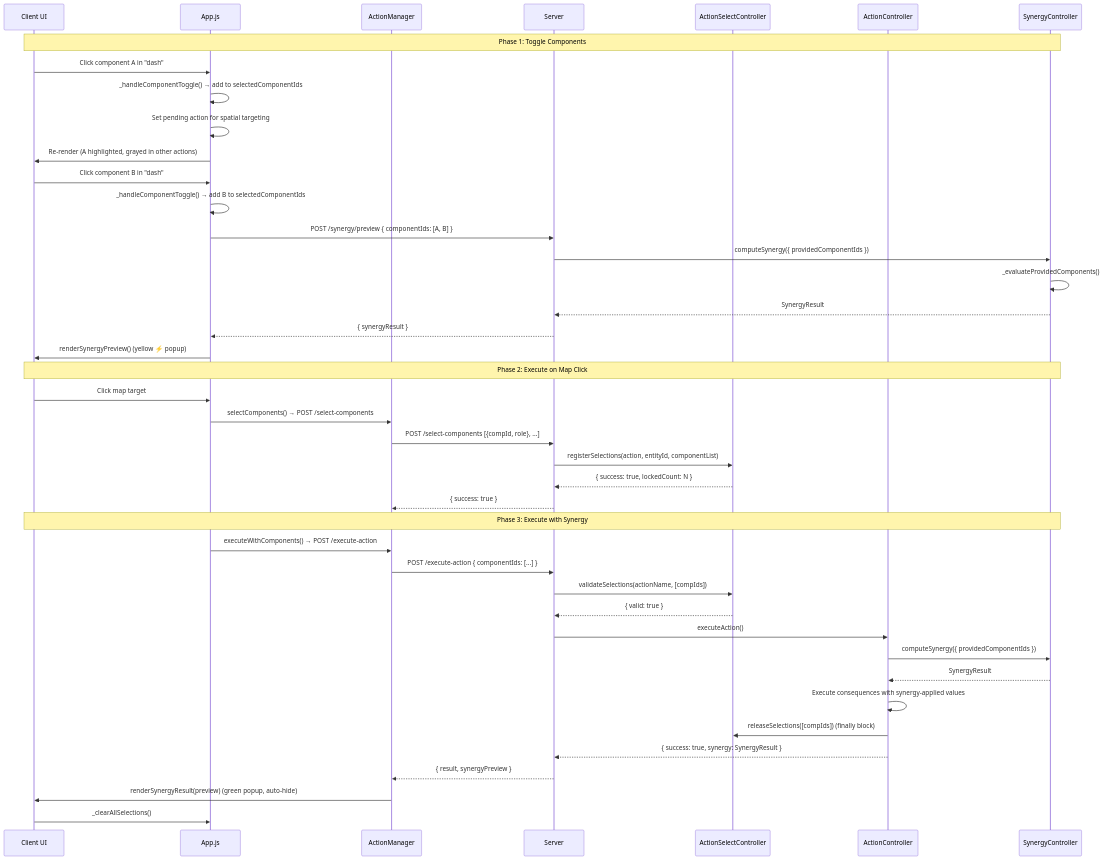
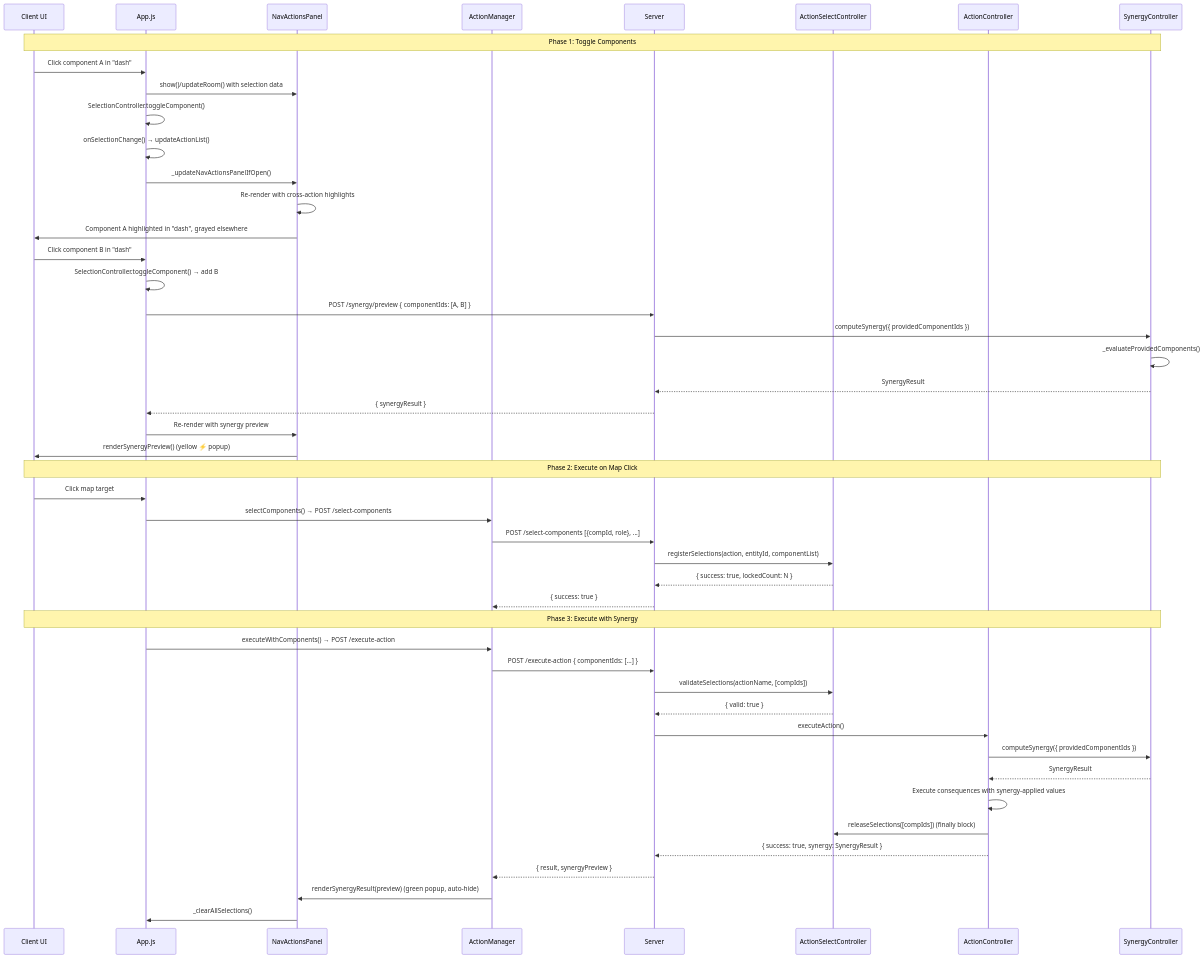
One commit to Rhuan-P-Dev/slopSimulacrum changed the second of 2 diagrams in wiki/subMDs/component_selection.md. Above: the diagram before and after it, drawn with Mermaid. The commit also changed other lines of this file and 28 other files, not shown here.

````diff
--- a/wiki/subMDs/component_selection.md
+++ b/wiki/subMDs/component_selection.md
@@ -83,48 +83,53 @@
 ```mermaid
 sequenceDiagram
     participant UI as Client UI
     participant App as App.js
+    participant NavActions as NavActionsPanel
     participant AM as ActionManager
     participant S as Server
     participant ASC as ActionSelectController
     participant AC as ActionController
     participant SC as SynergyController
 
     Note over UI,SC: Phase 1: Toggle Components
     UI->>App: Click component A in "dash"
-    App->>App: _handleComponentToggle() → add to selectedComponentIds
-    App->>App: Set pending action for spatial targeting
-    App->>UI: Re-render (A highlighted, grayed in other actions)
+    App->>NavActions: show()/updateRoom() with selection data
+    App->>App: SelectionController.toggleComponent()
+    App->>App: onSelectionChange() → updateActionList()
+    App->>NavActions: _updateNavActionsPanelIfOpen()
+    NavActions->>NavActions: Re-render with cross-action highlights
+    NavActions->>UI: Component A highlighted in "dash", grayed elsewhere
 
     UI->>App: Click component B in "dash"
-    App->>App: _handleComponentToggle() → add B to selectedComponentIds
+    App->>App: SelectionController.toggleComponent() → add B
     App->>S: POST /synergy/preview { componentIds: [A, B] }
     S->>SC: computeSynergy({ providedComponentIds })
     SC->>SC: _evaluateProvidedComponents()
     SC-->>S: SynergyResult
     S-->>App: { synergyResult }
-    App->>UI: renderSynergyPreview() (yellow ⚡ popup)
+    App->>NavActions: Re-render with synergy preview
+    NavActions->>UI: renderSynergyPreview() (yellow ⚡ popup)
 
     Note over UI,SC: Phase 2: Execute on Map Click
     UI->>App: Click map target
     App->>AM: selectComponents() → POST /select-components
     AM->>S: POST /select-components [{compId, role}, ...]
     S->>ASC: registerSelections(action, entityId, componentList)
     ASC-->>S: { success: true, lockedCount: N }
     S-->>AM: { success: true }
 
     Note over UI,SC: Phase 3: Execute with Synergy
     App->>AM: executeWithComponents() → POST /execute-action
     AM->>S: POST /execute-action { componentIds: [...] }
     S->>ASC: validateSelections(actionName, [compIds])
     ASC-->>S: { valid: true }
     S->>AC: executeAction()
     AC->>SC: computeSynergy({ providedComponentIds })
     SC-->>AC: SynergyResult
     AC->>AC: Execute consequences with synergy-applied values
     AC->>ASC: releaseSelections([compIds]) (finally block)
     AC-->>S: { success: true, synergy: SynergyResult }
     S-->>AM: { result, synergyPreview }
-    AM->>UI: renderSynergyResult(preview) (green popup, auto-hide)
-    UI->>App: _clearAllSelections()
+    AM->>NavActions: renderSynergyResult(preview) (green popup, auto-hide)
+    NavActions->>App: _clearAllSelections()
 ```
````
